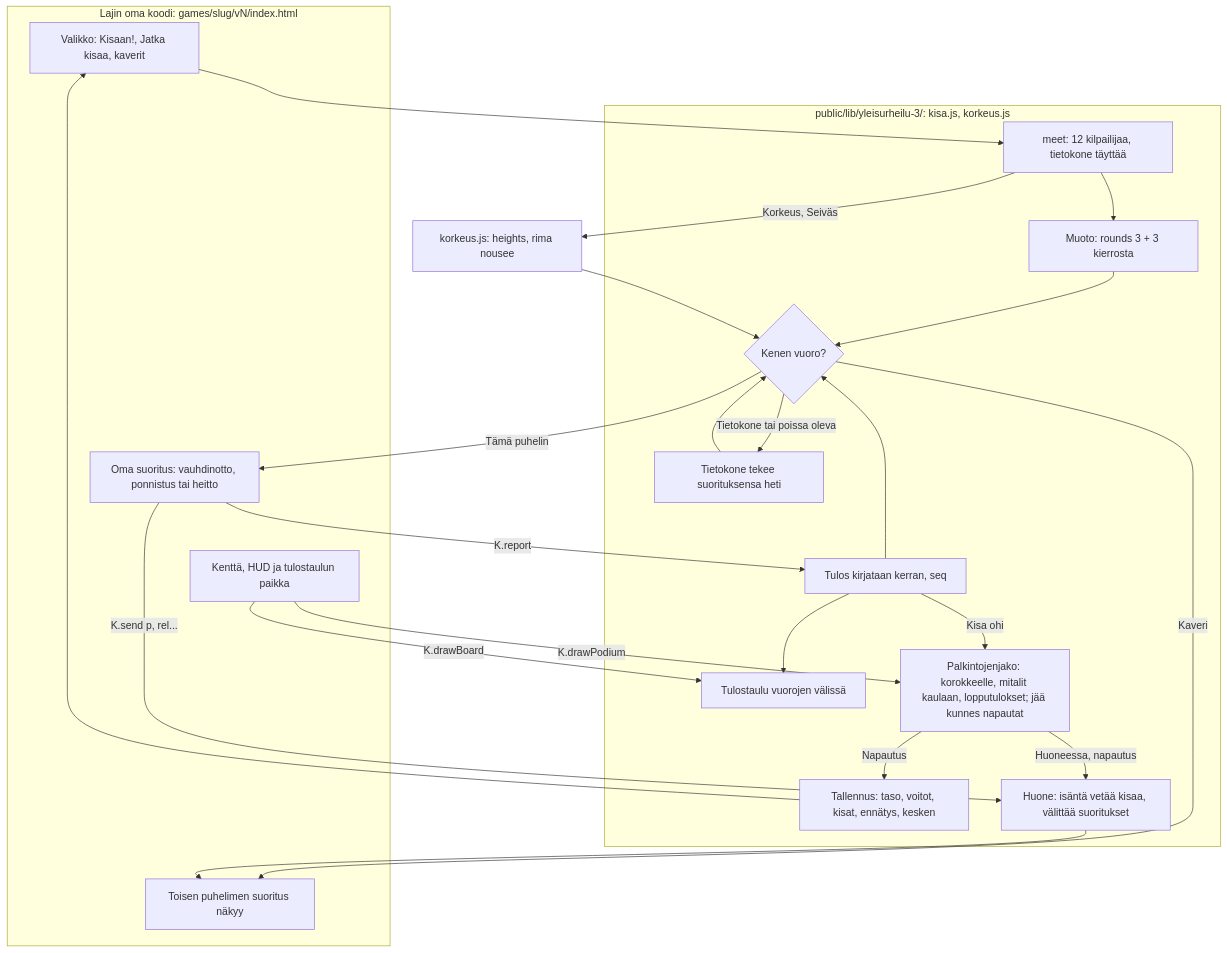
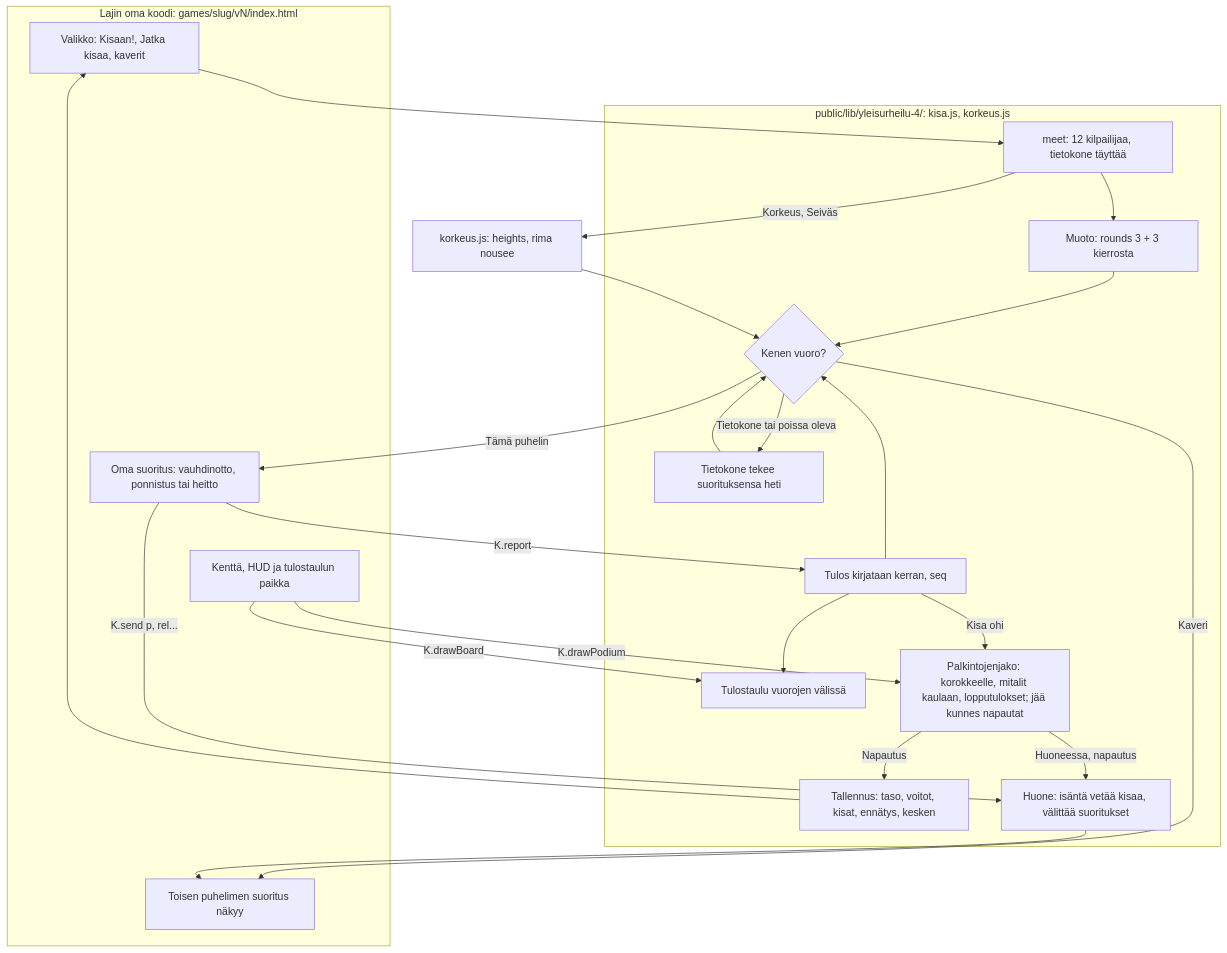
One commit to eerovil/ai-pelit changed the diagram in docs/diagrams/yleisurheilu-kirjasto.md. Above: the diagram before and after it, drawn with Mermaid. The commit also changed other lines of this file and 6 other files, not shown here.

````diff
--- a/docs/diagrams/yleisurheilu-kirjasto.md
+++ b/docs/diagrams/yleisurheilu-kirjasto.md
@@ -12,40 +14,40 @@
 ```mermaid
 flowchart TD
   subgraph Peli[Lajin oma koodi: games/slug/vN/index.html]
     G1[Valikko: Kisaan!, Jatka kisaa, kaverit]
     G2[Oma suoritus: vauhdinotto, ponnistus tai heitto]
     G3[Toisen puhelimen suoritus näkyy]
     G4[Kenttä, HUD ja tulostaulun paikka]
   end
-  subgraph Kirjasto[public/lib/yleisurheilu-3/: kisa.js, korkeus.js]
+  subgraph Kirjasto[public/lib/yleisurheilu-4/: kisa.js, korkeus.js]
     K1[meet: 12 kilpailijaa, tietokone täyttää]
     K2[Muoto: rounds 3 + 3 kierrosta]
     K3{Kenen vuoro?}
     K4[Tietokone tekee suorituksensa heti]
     K5[Tulos kirjataan kerran, seq]
     K6[Tulostaulu vuorojen välissä]
     K9[Palkintojenjako: korokkeelle, mitalit kaulaan, lopputulokset; jää kunnes napautat]
     K7[Tallennus: taso, voitot, kisat, ennätys, kesken]
     K8[Huone: isäntä vetää kisaa, välittää suoritukset]
   end
   G1 --> K1 --> K2 --> K3
   K1 -- Korkeus, Seiväs --> H1[korkeus.js: heights, rima nousee]
   H1 --> K3
   K3 -- Tietokone tai poissa oleva --> K4 --> K3
   K3 -- Tämä puhelin --> G2
   K3 -- Kaveri --> G3
   G2 -- K.report --> K5
   G2 -- K.send p, rel... --> K8 --> G3
   K5 --> K3
   K5 --> K6
   K5 -- Kisa ohi --> K9
   K9 -- Napautus --> K7 --> G1
   K9 -- Huoneessa, napautus --> K8
   G4 -- K.drawBoard --> K6
   G4 -- K.drawPodium --> K9
   class G1,G2,G4 blue
   class G3,K8 violet
   class K3 amber
   class K1,K2,K4,K5,H1 teal
   class K6,K7,K9 green
 ```
````
